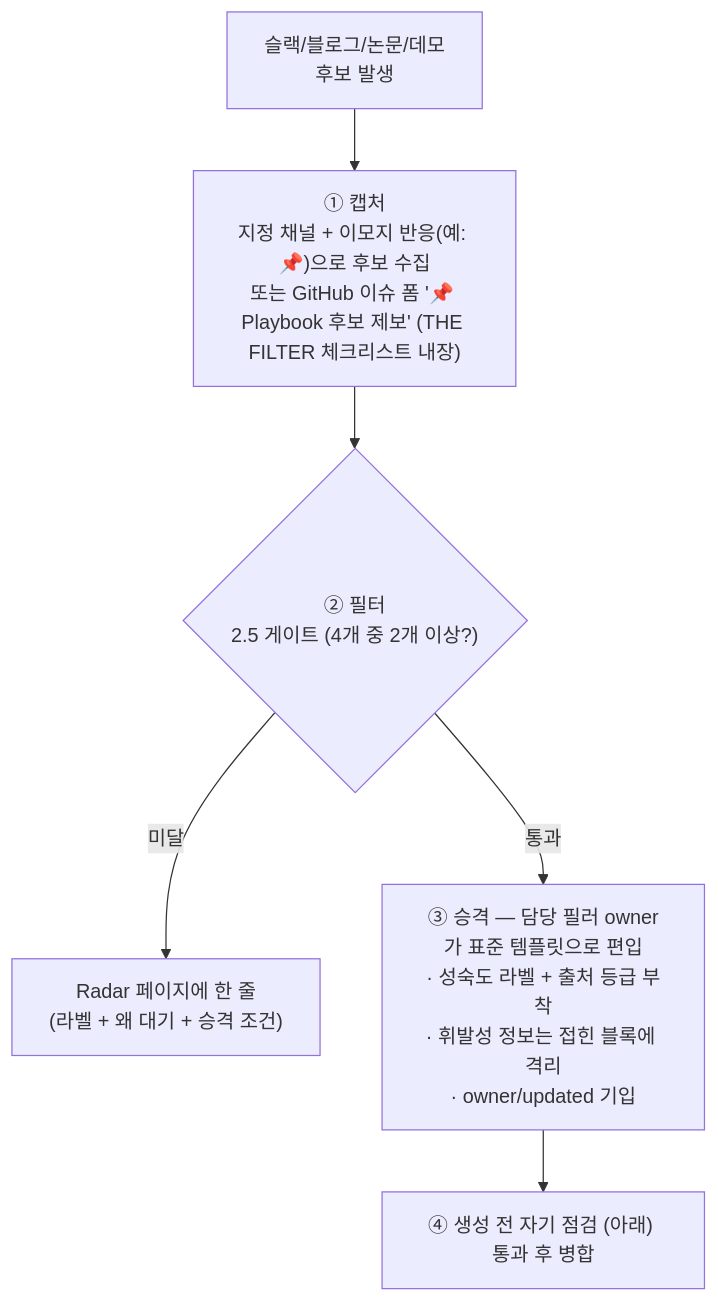
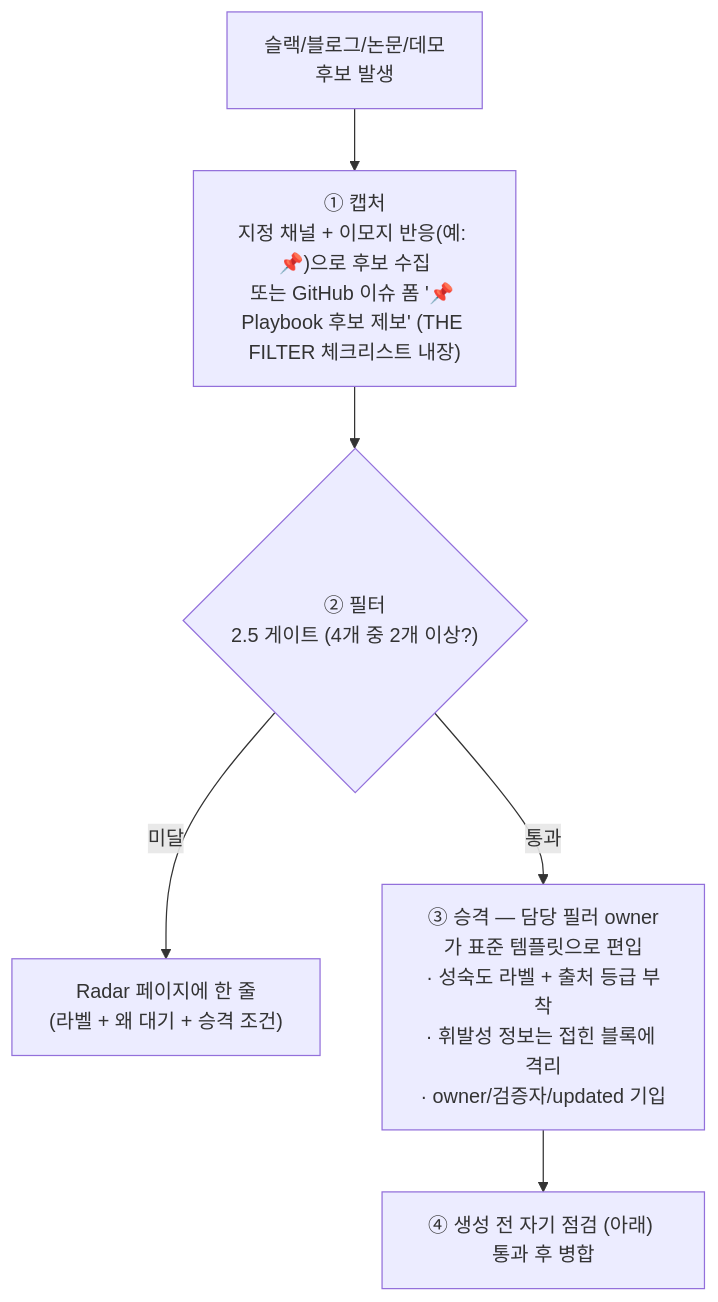
The diagram in docs/maintenance.md (comeddy/pai-playbook), drawn with Mermaid before and after one commit. The commit also changed other lines of this file and 9 other files, not shown here.

First line of the commit message:
feat: 1차 출처 검증자 다인 체계 도입 — owner 1명 원칙 + '검증:' 필드(페이지 메타데이터·역할 표·이슈 폼), 4개 언어 반영

````diff
--- a/docs/maintenance.md
+++ b/docs/maintenance.md
@@ -103,8 +104,8 @@
 ```mermaid
 graph TD
     S["슬랙/블로그/논문/데모<br>후보 발생"] --> C["① 캡처<br>지정 채널 + 이모지 반응(예: 📌)으로 후보 수집<br>또는 GitHub 이슈 폼 '📌 Playbook 후보 제보' (THE FILTER 체크리스트 내장)"]
     C --> F{"② 필터<br>2.5 게이트 (4개 중 2개 이상?)"}
     F -- 미달 --> RD["Radar 페이지에 한 줄<br>(라벨 + 왜 대기 + 승격 조건)"]
-    F -- 통과 --> PR["③ 승격 — 담당 필러 owner가 표준 템플릿으로 편입<br>· 성숙도 라벨 + 출처 등급 부착<br>· 휘발성 정보는 접힌 블록에 격리<br>· owner/updated 기입"]
+    F -- 통과 --> PR["③ 승격 — 담당 필러 owner가 표준 템플릿으로 편입<br>· 성숙도 라벨 + 출처 등급 부착<br>· 휘발성 정보는 접힌 블록에 격리<br>· owner/검증자/updated 기입"]
     PR --> M["④ 생성 전 자기 점검 (아래) 통과 후 병합"]
 ```
````
